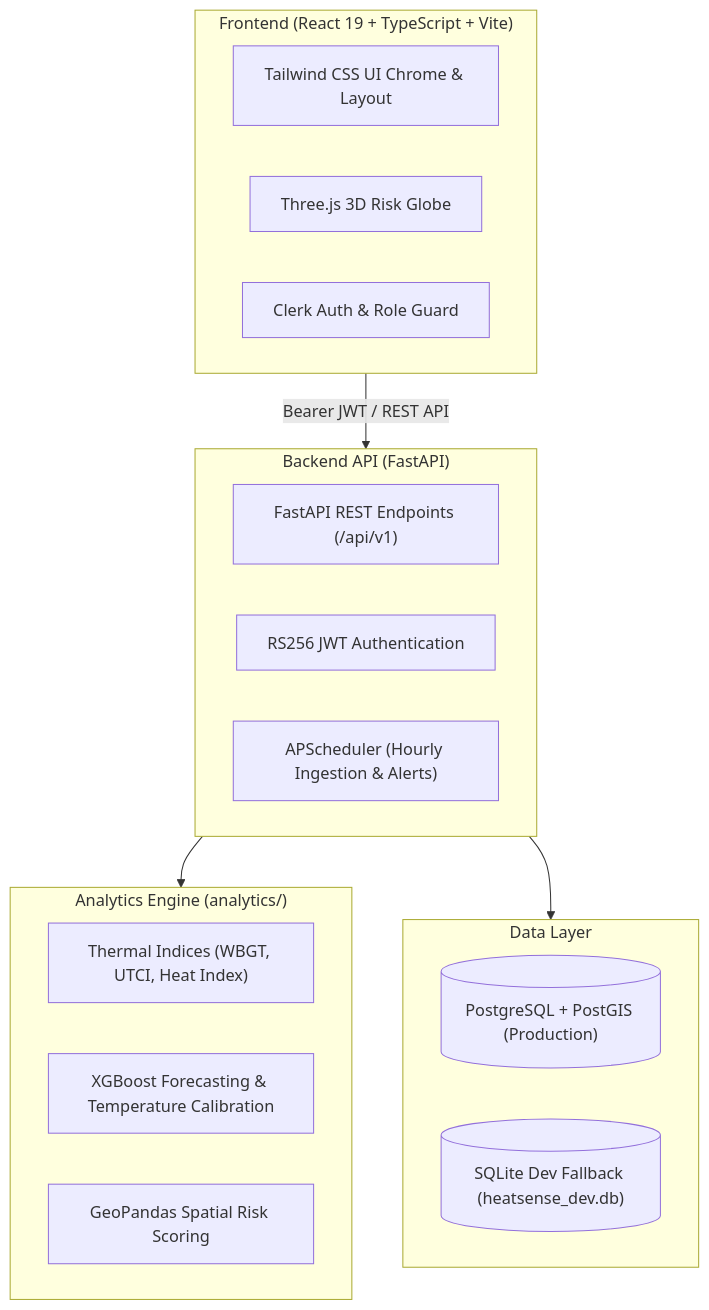
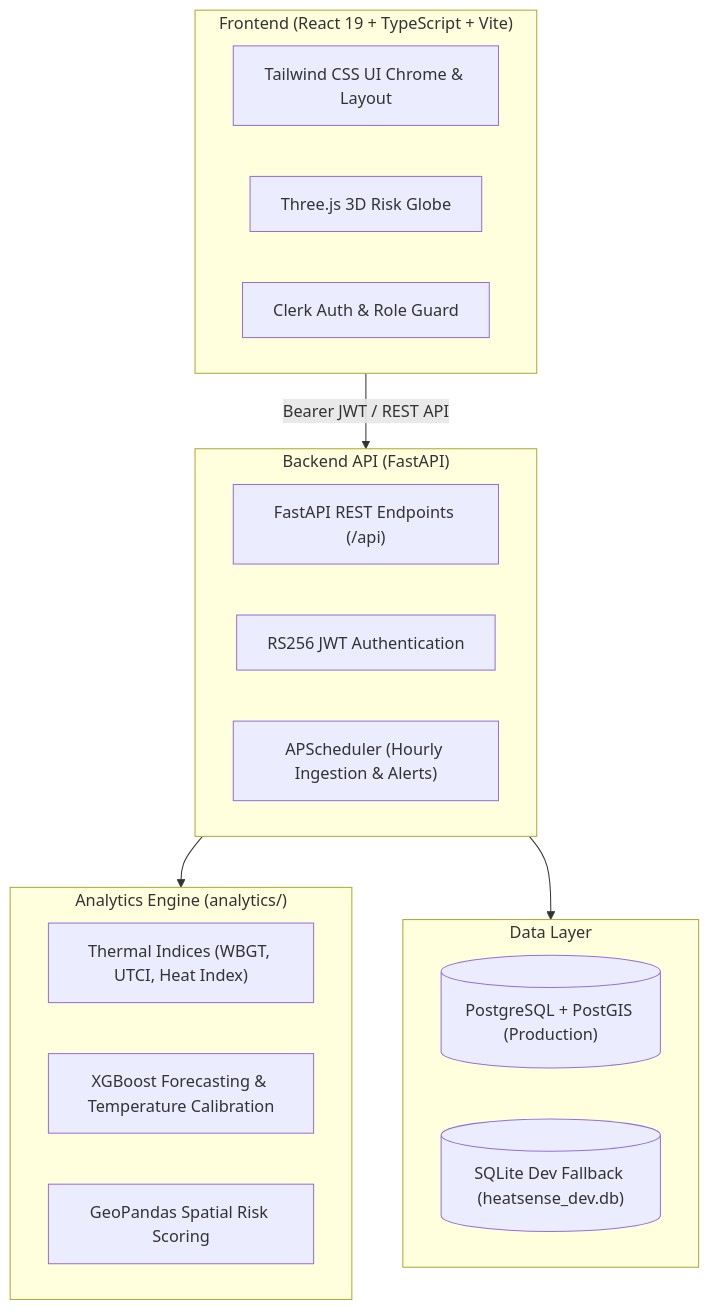
Before and after one commit to AkshatKardak/ThermaGrid: the diagram in README.md, drawn with Mermaid. The commit also changed 47 other files, not shown here.

````diff
--- a/README.md
+++ b/README.md
@@ -99,29 +99,29 @@
 ```mermaid
 flowchart TD
   subgraph Frontend ["Frontend (React 19 + TypeScript + Vite)"]
     UI["Tailwind CSS UI Chrome & Layout"]
     GL["Three.js 3D Risk Globe"]
     AuthUI["Clerk Auth & Role Guard"]
   end
 
   subgraph Backend ["Backend API (FastAPI)"]
-    API["FastAPI REST Endpoints (/api/v1)"]
+    API["FastAPI REST Endpoints (/api)"]
     AuthGuard["RS256 JWT Authentication"]
     Sched["APScheduler (Hourly Ingestion & Alerts)"]
   end
 
   subgraph Analytics ["Analytics Engine (analytics/)"]
     Physics["Thermal Indices (WBGT, UTCI, Heat Index)"]
     ML["XGBoost Forecasting & Temperature Calibration"]
     Spatial["GeoPandas Spatial Risk Scoring"]
   end
 
   subgraph Storage ["Data Layer"]
     PG[("PostgreSQL + PostGIS (Production)")]
     SQLite[("SQLite Dev Fallback (heatsense_dev.db)")]
   end
 
   Frontend -->|Bearer JWT / REST API| Backend
   Backend --> Analytics
   Backend --> Storage
 ```
````
